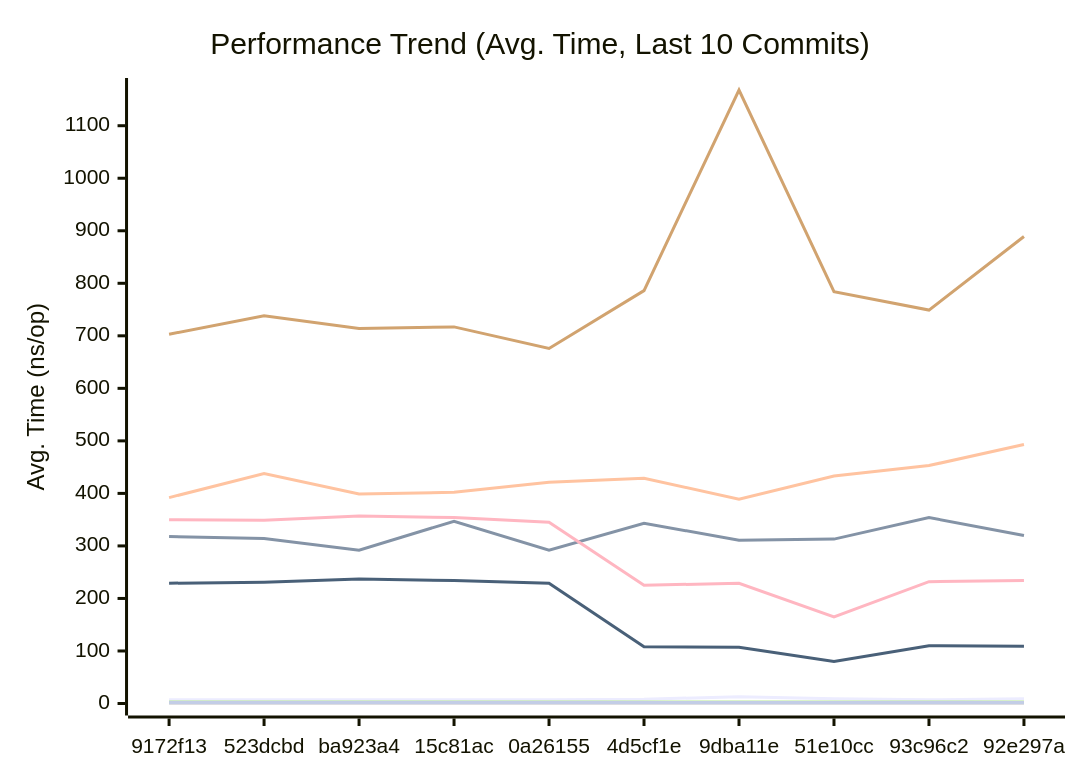
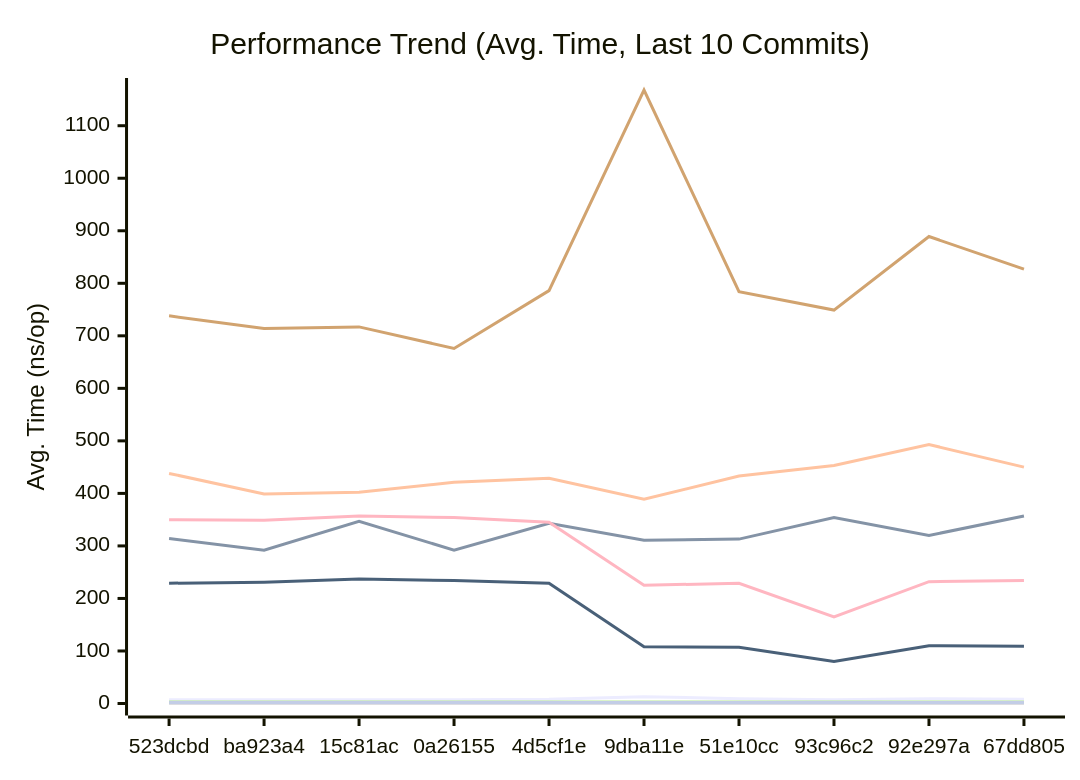
One commit to alsotoes/momo changed the first of 3 diagrams in docs/PERFORMANCE.md. Above: the diagram before and after it, drawn with Mermaid. The commit also changed other lines of this file and 2 other files, not shown here.

````diff
--- a/docs/PERFORMANCE.md
+++ b/docs/PERFORMANCE.md
@@ -80,16 +80,16 @@
 ```mermaid
 xychart-beta
     title "Performance Trend (Avg. Time, Last 10 Commits)"
     x-axis "Commit"
     y-axis "Avg. Time (ns/op)"
-    x-axis [9172f13,523dcbd,ba923a4,15c81ac,0a26155,4d5cf1e,9dba11e,51e10cc,93c96c2,92e297a]
-    line "CheckMetricsAndSwap" [7,7,7,7,7,8,13,9,7,9]
-    line "CrushOptimized" [318,314,292,347,292,343,311,313,354,320]
-    line "CrushOriginal" [392,438,399,402,421,429,389,433,453,493]
+    x-axis [523dcbd,ba923a4,15c81ac,0a26155,4d5cf1e,9dba11e,51e10cc,93c96c2,92e297a,67dd805]
+    line "CheckMetricsAndSwap" [7,7,7,7,8,13,9,7,9,8]
+    line "CrushOptimized" [314,292,347,292,343,311,313,354,320,357]
+    line "CrushOriginal" [438,399,402,421,429,389,433,453,493,450]
     line "IndexDirectTracking" [0,0,0,0,0,0,0,0,0,0]
     line "IndexSearch" [3,3,3,3,3,3,3,3,3,3]
-    line "LoadGlobalConfig" [703,738,714,717,676,786,1168,784,749,889]
+    line "LoadGlobalConfig" [738,714,717,676,786,1168,784,749,889,827]
     line "PadString" [2,2,2,2,2,2,2,2,2,2]
     line "ParseReplicationOrder_NoPrealloc" [350,349,357,354,345,225,229,165,232,234]
     line "ParseReplicationOrder_Prealloc" [229,231,237,234,229,108,107,80,110,109]
 ```
````
